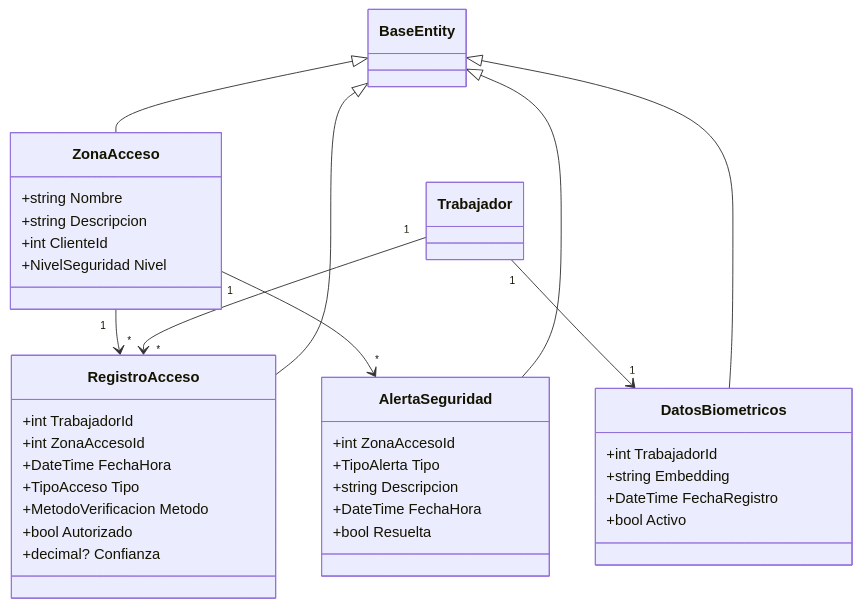
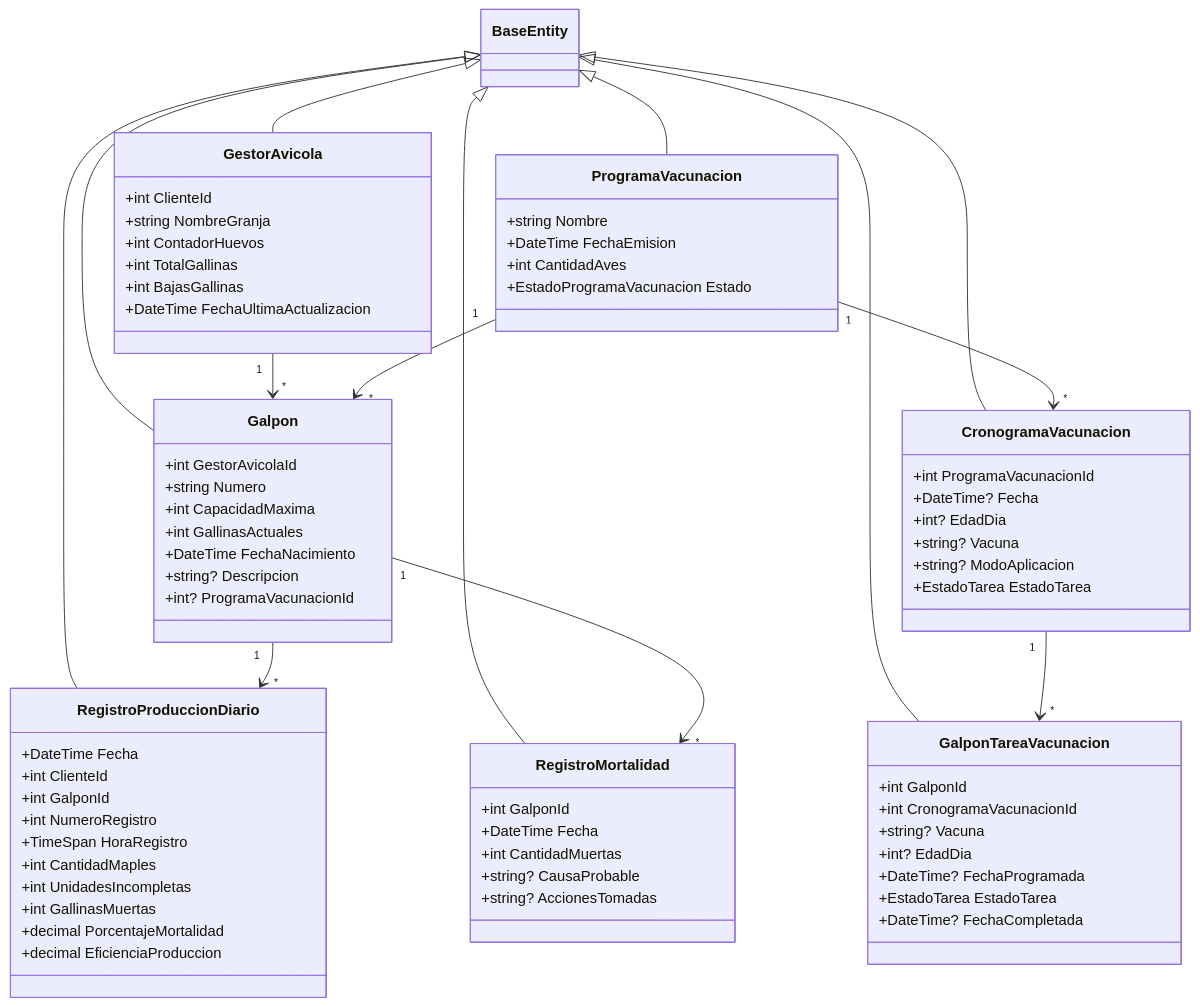
Before and after one commit to luicahleo/DocumentacionProyectos: the second of 4 diagrams in ICARUS/diagramas/clases.md, drawn with Mermaid. The commit also changed other lines of this file and 52 other files, not shown here.

````diff
--- a/ICARUS/diagramas/clases.md
+++ b/ICARUS/diagramas/clases.md
@@ -74,44 +66,77 @@
 ```mermaid
 classDiagram
-    class ZonaAcceso {
+    class GestorAvicola {
+        +int ClienteId
+        +string NombreGranja
+        +int ContadorHuevos
+        +int TotalGallinas
+        +int BajasGallinas
+        +DateTime FechaUltimaActualizacion
+    }
+    class Galpon {
+        +int GestorAvicolaId
+        +string Numero
+        +int CapacidadMaxima
+        +int GallinasActuales
+        +DateTime FechaNacimiento
+        +string? Descripcion
+        +int? ProgramaVacunacionId
+    }
+    class RegistroProduccionDiario {
+        +DateTime Fecha
+        +int ClienteId
+        +int GalponId
+        +int NumeroRegistro
+        +TimeSpan HoraRegistro
+        +int CantidadMaples
+        +int UnidadesIncompletas
+        +int GallinasMuertas
+        +decimal PorcentajeMortalidad
+        +decimal EficienciaProduccion
+    }
+    class RegistroMortalidad {
+        +int GalponId
+        +DateTime Fecha
+        +int CantidadMuertas
+        +string? CausaProbable
+        +string? AccionesTomadas
+    }
+    class ProgramaVacunacion {
         +string Nombre
-        +string Descripcion
-        +int ClienteId
-        +NivelSeguridad Nivel
+        +DateTime FechaEmision
+        +int CantidadAves
+        +EstadoProgramaVacunacion Estado
     }
-    
-    class RegistroAcceso {
-        +int TrabajadorId
-        +int ZonaAccesoId
-        +DateTime FechaHora
-        +TipoAcceso Tipo
-        +MetodoVerificacion Metodo
-        +bool Autorizado
-        +decimal? Confianza
+    class CronogramaVacunacion {
+        +int ProgramaVacunacionId
+        +DateTime? Fecha
+        +int? EdadDia
+        +string? Vacuna
+        +string? ModoAplicacion
+        +EstadoTarea EstadoTarea
     }
-    
-    class DatosBiometricos {
-        +int TrabajadorId
-        +string Embedding
-        +DateTime FechaRegistro
-        +bool Activo
+    class GalponTareaVacunacion {
+        +int GalponId
+        +int CronogramaVacunacionId
+        +string? Vacuna
+        +int? EdadDia
+        +DateTime? FechaProgramada
+        +EstadoTarea EstadoTarea
+        +DateTime? FechaCompletada
     }
-    
-    class AlertaSeguridad {
-        +int ZonaAccesoId
-        +TipoAlerta Tipo
-        +string Descripcion
-        +DateTime FechaHora
-        +bool Resuelta
-    }
-    
-    BaseEntity <|-- ZonaAcceso
-    BaseEntity <|-- RegistroAcceso
-    BaseEntity <|-- DatosBiometricos
-    BaseEntity <|-- AlertaSeguridad
-    
-    Trabajador "1" --> "*" RegistroAcceso
-    Trabajador "1" --> "1" DatosBiometricos
-    ZonaAcceso "1" --> "*" RegistroAcceso
-    ZonaAcceso "1" --> "*" AlertaSeguridad
+
+    BaseEntity <|-- GestorAvicola
+    BaseEntity <|-- Galpon
+    BaseEntity <|-- RegistroProduccionDiario
+    BaseEntity <|-- RegistroMortalidad
+    BaseEntity <|-- ProgramaVacunacion
+    BaseEntity <|-- CronogramaVacunacion
+    BaseEntity <|-- GalponTareaVacunacion
+
+    GestorAvicola "1" --> "*" Galpon
+    Galpon "1" --> "*" RegistroProduccionDiario
+    Galpon "1" --> "*" RegistroMortalidad
+    ProgramaVacunacion "1" --> "*" CronogramaVacunacion
+    ProgramaVacunacion "1" --> "*" Galpon
+    CronogramaVacunacion "1" --> "*" GalponTareaVacunacion
 ```
````
